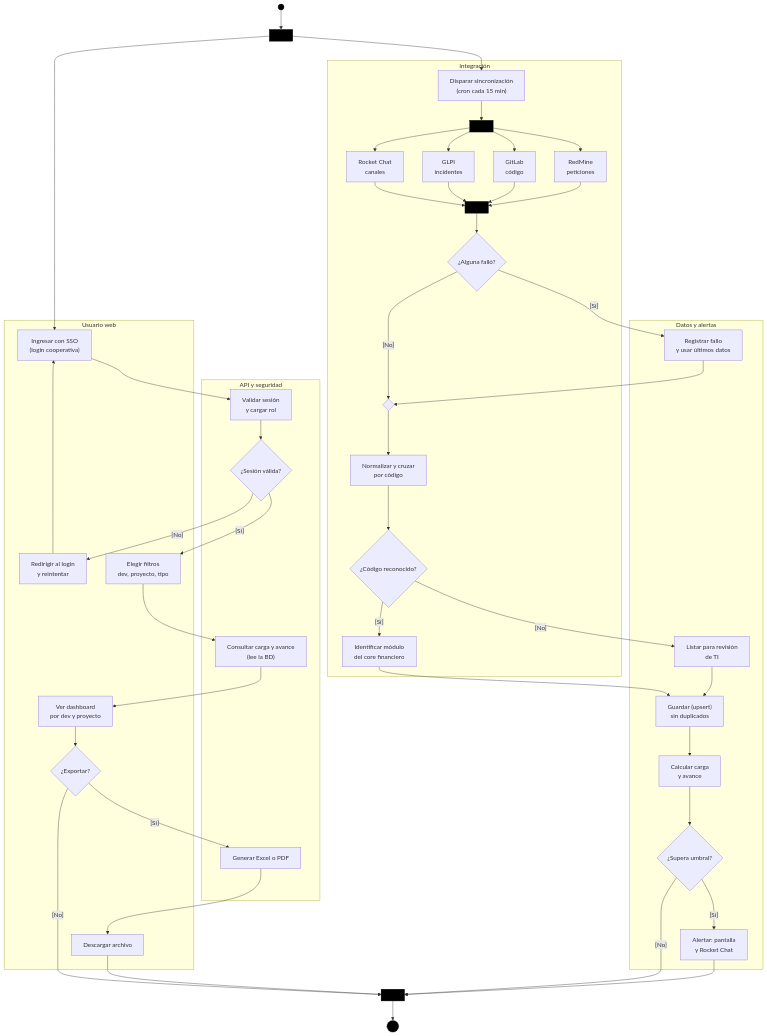
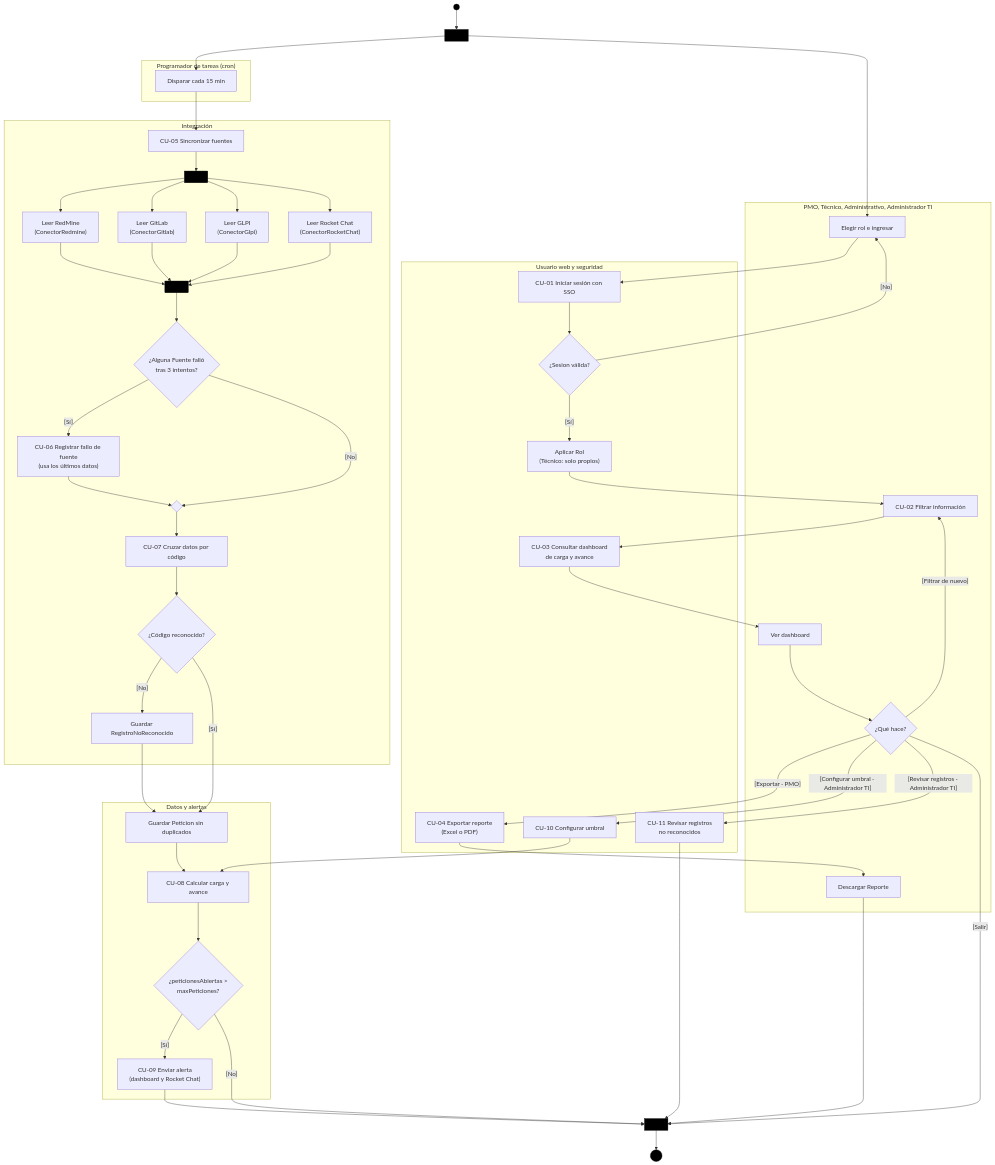
Before and after one commit to Camello15/padre-julian-lorente-carga-devs: the first of 7 diagrams in docs/06-diagramas.md, drawn with Mermaid. The commit also changed other lines of this file and 3 other files, not shown here.

First line of the commit message:
fix: corregir actualizacion de umbral en Dashboard y unificar nombres en diagramas y esquema

````diff
--- a/docs/06-diagramas.md
+++ b/docs/06-diagramas.md
@@ -7,68 +88,76 @@
 ```mermaid
 flowchart TB
     I((" ")):::nodo
     F0[" "]:::barra
+    subgraph CRON["Programador de tareas (cron)"]
+        A0["Disparar cada 15 min"]
+    end
     subgraph INT["Integración"]
-        A1["Disparar sincronización<br/>(cron cada 15 min)"]
+        A1["CU-05 Sincronizar fuentes"]
         F1[" "]:::barra
-        R1["RedMine<br/>peticiones"]
-        R2["GitLab<br/>código"]
-        R3["GLPI<br/>incidentes"]
-        R4["Rocket Chat<br/>canales"]
+        R1["Leer RedMine<br/>(ConectorRedmine)"]
+        R2["Leer GitLab<br/>(ConectorGitlab)"]
+        R3["Leer GLPI<br/>(ConectorGlpi)"]
+        R4["Leer Rocket Chat<br/>(ConectorRocketChat)"]
         J1[" "]:::barra
-        D1{"¿Alguna falló?"}
+        D1{"¿Alguna Fuente falló<br/>tras 3 intentos?"}
+        A6["CU-06 Registrar fallo de fuente<br/>(usa los últimos datos)"]
         M1{" "}
-        A2["Normalizar y cruzar<br/>por código"]
+        A7["CU-07 Cruzar datos por código"]
         D2{"¿Código reconocido?"}
-        A3["Identificar módulo<br/>del core financiero"]
+        A7b["Guardar RegistroNoReconocido"]
     end
     subgraph DAT["Datos y alertas"]
-        B1["Registrar fallo<br/>y usar últimos datos"]
-        B2["Listar para revisión<br/>de TI"]
-        B3["Guardar (upsert)<br/>sin duplicados"]
-        B4["Calcular carga<br/>y avance"]
-        D3{"¿Supera umbral?"}
-        B5["Alertar: pantalla<br/>y Rocket Chat"]
+        B1["Guardar Peticion sin duplicados"]
+        B2["CU-08 Calcular carga y avance"]
+        D3{"¿peticionesAbiertas &gt;<br/>maxPeticiones?"}
+        B3["CU-09 Enviar alerta<br/>(dashboard y Rocket Chat)"]
     end
-    subgraph API["API y seguridad"]
-        C1["Validar sesión<br/>y cargar rol"]
-        D4{"¿Sesión válida?"}
-        C2["Consultar carga y avance<br/>(lee la BD)"]
-        C3["Generar Excel o PDF"]
+    subgraph USW["Usuario web y seguridad"]
+        C1["CU-01 Iniciar sesión con SSO"]
+        D4{"¿Sesion válida?"}
+        C2["Aplicar Rol<br/>(Técnico: solo propios)"]
+        C3["CU-03 Consultar dashboard<br/>de carga y avance"]
+        C4["CU-04 Exportar reporte<br/>(Excel o PDF)"]
+        C5["CU-10 Configurar umbral"]
+        C6["CU-11 Revisar registros<br/>no reconocidos"]
     end
-    subgraph USR["Usuario web"]
-        U1["Ingresar con SSO<br/>(login cooperativa)"]
-        U2["Redirigir al login<br/>y reintentar"]
-        U3["Elegir filtros<br/>dev, proyecto, tipo"]
-        U4["Ver dashboard<br/>por dev y proyecto"]
-        D5{"¿Exportar?"}
-        U5["Descargar archivo"]
+    subgraph USR["PMO, Técnico, Administrativo, Administrador TI"]
+        U1["Elegir rol e ingresar"]
+        U2["CU-02 Filtrar información"]
+        U3["Ver dashboard"]
+        D5{"¿Qué hace?"}
+        U4["Descargar Reporte"]
     end
     J0[" "]:::barra
     FN(((" "))):::nodo
+
     I --> F0
-    F0 --> A1
+    F0 --> A0 --> A1 --> F1
     F0 --> U1
-    A1 --> F1
     F1 --> R1 --> J1
     F1 --> R2 --> J1
     F1 --> R3 --> J1
     F1 --> R4 --> J1
     J1 --> D1
-    D1 -- "[Sí]" --> B1 --> M1
+    D1 -- "[Sí]" --> A6 --> M1
     D1 -- "[No]" --> M1
-    M1 --> A2 --> D2
-    D2 -- "[No]" --> B2 --> B3
-    D2 -- "[Sí]" --> A3 --> B3
-    B3 --> B4 --> D3
-    D3 -- "[Sí]" --> B5 --> J0
+    M1 --> A7 --> D2
+    D2 -- "[No]" --> A7b --> B1
+    D2 -- "[Sí]" --> B1
+    B1 --> B2 --> D3
+    D3 -- "[Sí]" --> B3 --> J0
     D3 -- "[No]" --> J0
+
     U1 --> C1 --> D4
-    D4 -- "[No]" --> U2 --> U1
-    D4 -- "[Sí]" --> U3 --> C2 --> U4 --> D5
-    D5 -- "[Sí]" --> C3 --> U5 --> J0
-    D5 -- "[No]" --> J0
+    D4 -- "[No]" --> U1
+    D4 -- "[Sí]" --> C2 --> U2 --> C3 --> U3 --> D5
+    D5 -- "[Filtrar de nuevo]" --> U2
+    D5 -- "[Exportar · PMO]" --> C4 --> U4 --> J0
+    D5 -- "[Configurar umbral · Administrador TI]" --> C5 --> B2
+    D5 -- "[Revisar registros · Administrador TI]" --> C6 --> J0
+    D5 -- "[Salir]" --> J0
     J0 --> FN
     classDef nodo fill:#000,stroke:#000,color:#000
     classDef barra fill:#000,stroke:#000,color:#000
 ```
````
